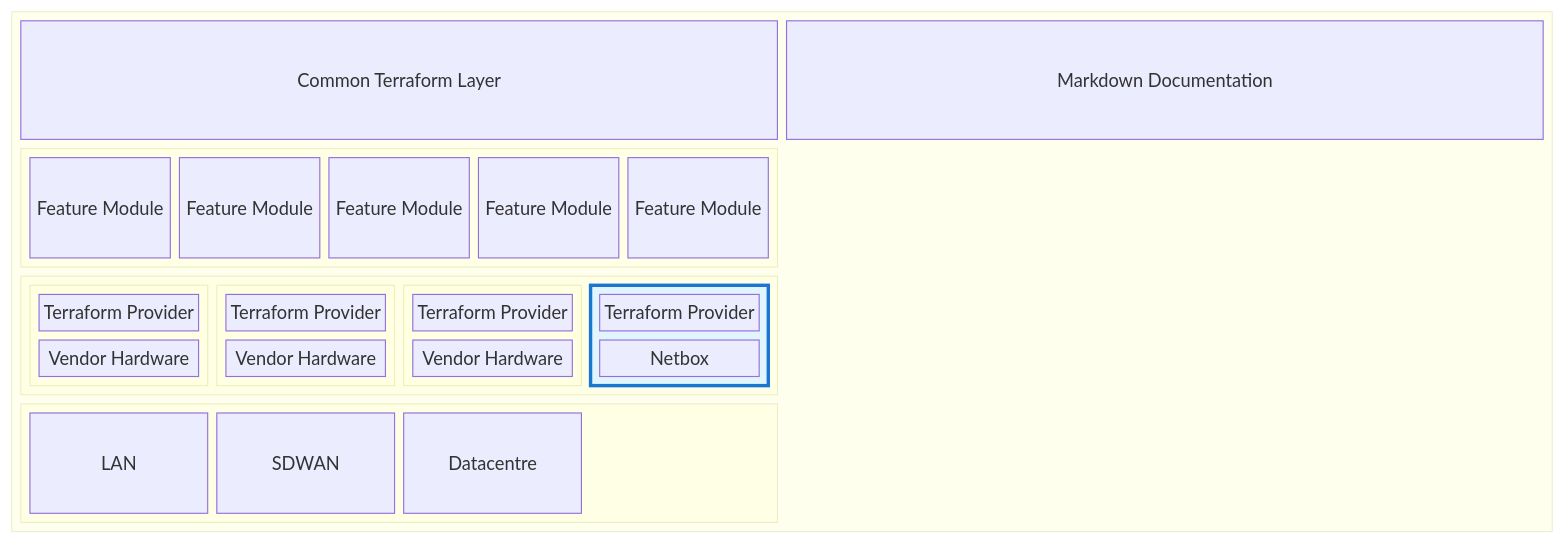
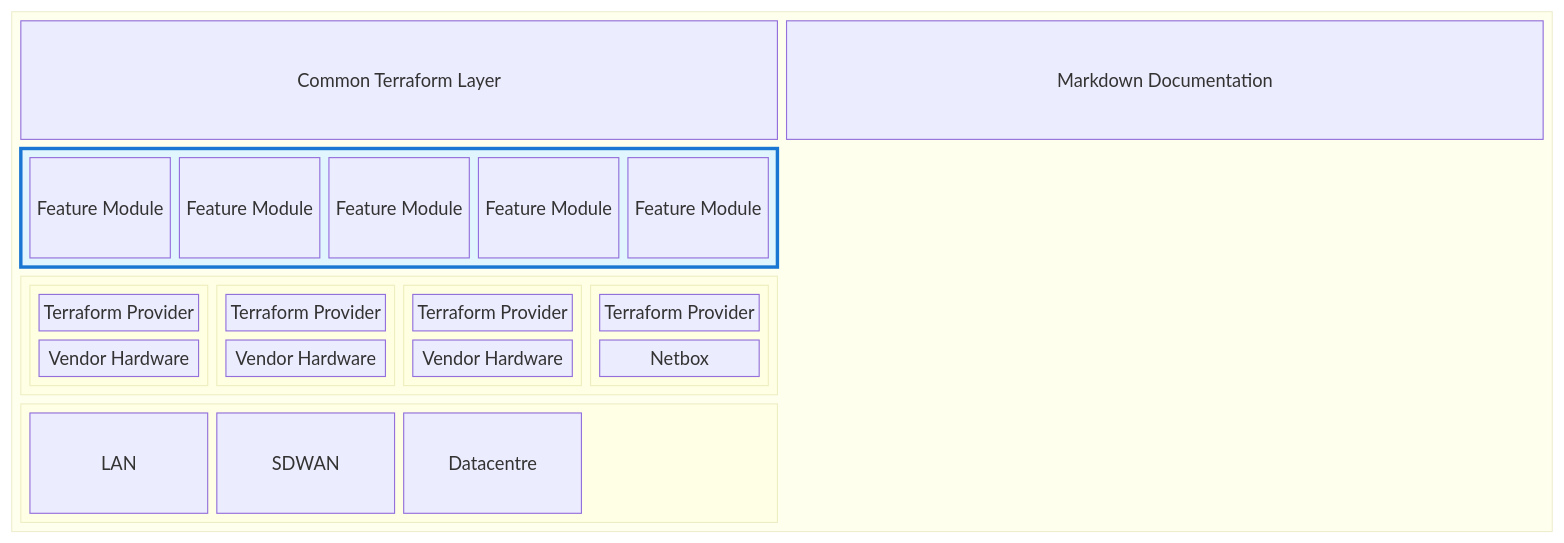
One commit to simonpainter/www.simonpainter.com changed the fourth of 4 diagrams in blog/bringing-it-all-together.md. Above: the diagram before and after it, drawn with Mermaid.

Commit message:
Corrected the highlighting on the final diagram.

````diff
--- a/blog/bringing-it-all-together.md
+++ b/blog/bringing-it-all-together.md
@@ -125,54 +125,54 @@
 ```mermaid
 
 block-beta
 
 block:Code
 columns 2
   TF["Common Terraform Layer"]
 
   
   MD["Markdown Documentation"]
     block:TerraformModules
     columns 5
     Module1["Feature Module"]
     Module2["Feature Module"]
     Module3["Feature Module"]
     Module4["Feature Module"]
     Module5["Feature Module"]
   end
   space
   block:TerraformProviders
     block:TerraformProvider1
     columns 1
     P1["Terraform Provider"]
     V1["Vendor Hardware"]
     end
     block:TerraformProvider2
     columns 1
     P2["Terraform Provider"]
     V2["Vendor Hardware"]
     end
-        block:TerraformProvider3
+    block:TerraformProvider3
     columns 1
     P3["Terraform Provider"]
     V3["Vendor Hardware"]
     end
 
-            block:TerraformProvider4
+    block:TerraformProvider4
     columns 1
     P4["Terraform Provider"]
     V4["Netbox"]
     end
   end
 space
   block:area
   columns 4
   A1["LAN"]
   A2["SDWAN"]
   A3["Datacentre"]
   space
   end
 end
 
-  style TerraformProvider4 fill:#e1f5fe,stroke:#1976d2,stroke-width:3px
+  style TerraformModules fill:#e1f5fe,stroke:#1976d2,stroke-width:3px
 ```
````
